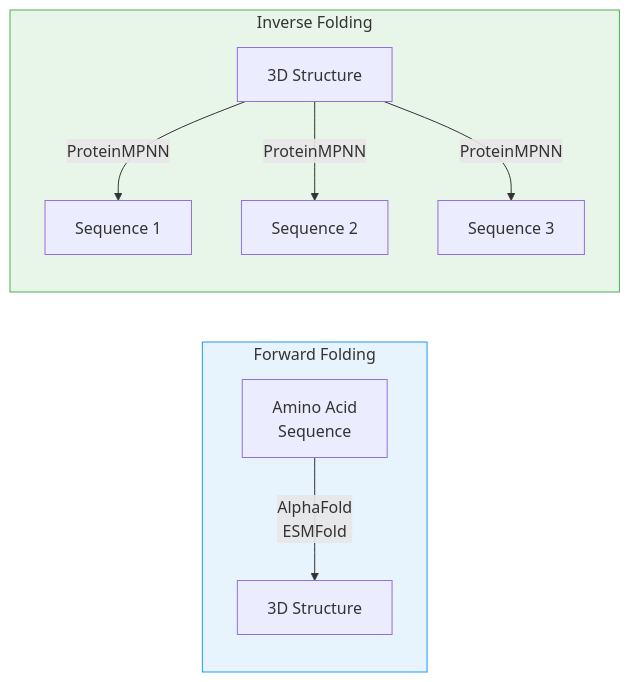
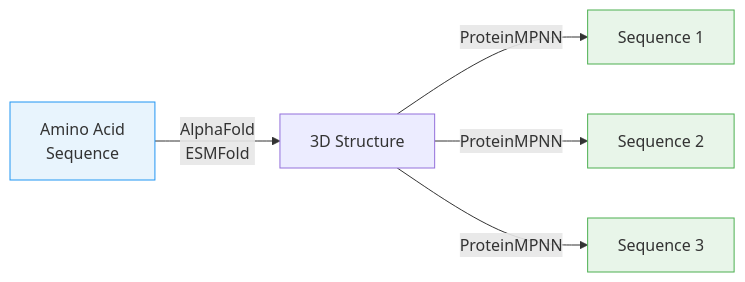
Before and after one commit to sungsoo-ahn/sungsoo-ahn.github.io: the diagram in assets/img/teaching/protein-ai/mermaid/s26-09-proteinmpnn_diagram_0.mmd, drawn with Mermaid. The commit also changed 25 other files, not shown here.

First line of the commit message:
docs: Refine lecture notes 4–9, update diagrams, and add Key Takeaways

```diff
--- a/assets/img/teaching/protein-ai/mermaid/s26-09-proteinmpnn_diagram_0.mmd
+++ b/assets/img/teaching/protein-ai/mermaid/s26-09-proteinmpnn_diagram_0.mmd
@@ -1,13 +1,10 @@
 flowchart LR
-    subgraph Forward["Forward Folding"]
-        SEQ1["Amino Acid<br/>Sequence"] -->|"AlphaFold<br/>ESMFold"| STR1["3D Structure"]
-    end
+    SEQ["Amino Acid<br/>Sequence"] -->|"AlphaFold<br/>ESMFold"| STR["3D Structure"]
+    STR -->|"ProteinMPNN"| SEQ2A["Sequence 1"]
+    STR -->|"ProteinMPNN"| SEQ2B["Sequence 2"]
+    STR -->|"ProteinMPNN"| SEQ2C["Sequence 3"]
 
-    subgraph Inverse["Inverse Folding"]
-        STR2["3D Structure"] -->|"ProteinMPNN"| SEQ2A["Sequence 1"]
-        STR2 -->|"ProteinMPNN"| SEQ2B["Sequence 2"]
-        STR2 -->|"ProteinMPNN"| SEQ2C["Sequence 3"]
-    end
-
-    style Forward fill:#e8f4fd,stroke:#2196F3
-    style Inverse fill:#e8f5e9,stroke:#4CAF50
+    style SEQ fill:#e8f4fd,stroke:#2196F3
+    style SEQ2A fill:#e8f5e9,stroke:#4CAF50
+    style SEQ2B fill:#e8f5e9,stroke:#4CAF50
+    style SEQ2C fill:#e8f5e9,stroke:#4CAF50
```
